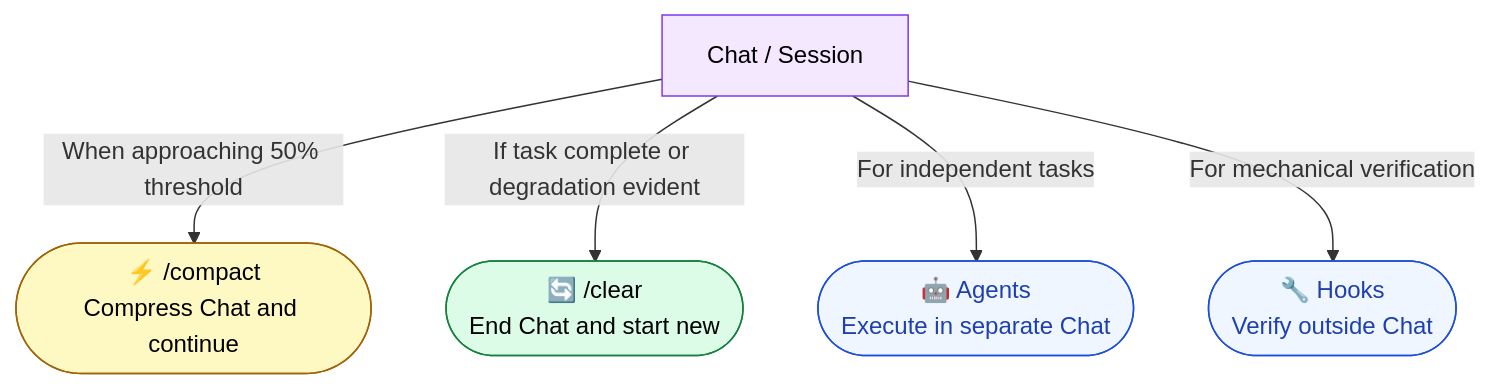
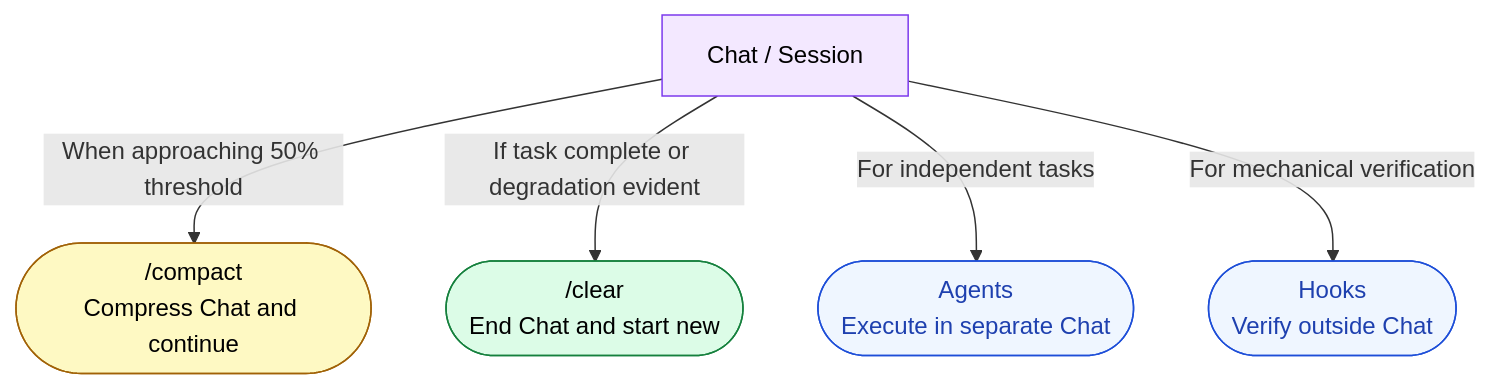
Before and after one commit to shuji-bonji/understanding-llm-through-claude-code: the third of 3 diagrams in docs/02-context-window/chat-session.md, drawn with Mermaid. The commit also changed 44 other files, not shown here.

````diff
--- a/docs/02-context-window/chat-session.md
+++ b/docs/02-context-window/chat-session.md
@@ -118,19 +118,19 @@
 ```mermaid
 flowchart TD
     CHAT["Chat / Session"]
-    COMPACT(["⚡ /compact<br>Compress Chat and continue"])
-    CLEAR(["🔄 /clear<br>End Chat and start new"])
-    AGENTS(["🤖 Agents<br>Execute in separate Chat"])
-    HOOKS(["🔧 Hooks<br>Verify outside Chat"])
+    COMPACT(["/compact<br>Compress Chat and continue"])
+    CLEAR(["/clear<br>End Chat and start new"])
+    AGENTS(["Agents<br>Execute in separate Chat"])
+    HOOKS(["Hooks<br>Verify outside Chat"])
 
     CHAT -->|"When approaching 50% threshold"| COMPACT
     CHAT -->|"If task complete or degradation evident"| CLEAR
     CHAT -->|"For independent tasks"| AGENTS
     CHAT -->|"For mechanical verification"| HOOKS
 
     style CHAT fill:#f3e8ff,stroke:#7c3aed,color:#000
     style COMPACT fill:#fef9c3,stroke:#a16207,color:#000
     style CLEAR fill:#dcfce7,stroke:#15803d,color:#000
     style AGENTS fill:#eff6ff,stroke:#1d4ed8,color:#1e40af
     style HOOKS fill:#eff6ff,stroke:#1d4ed8,color:#1e40af
 ```
````
